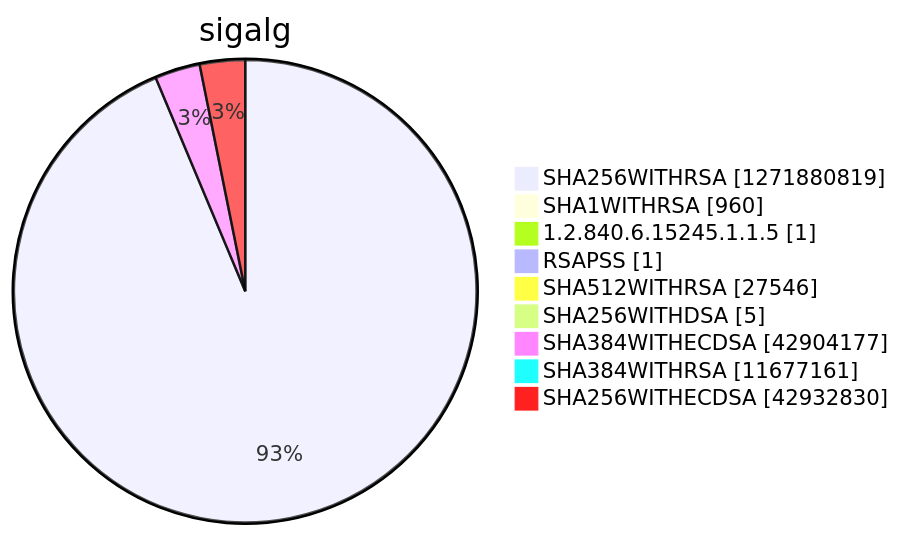
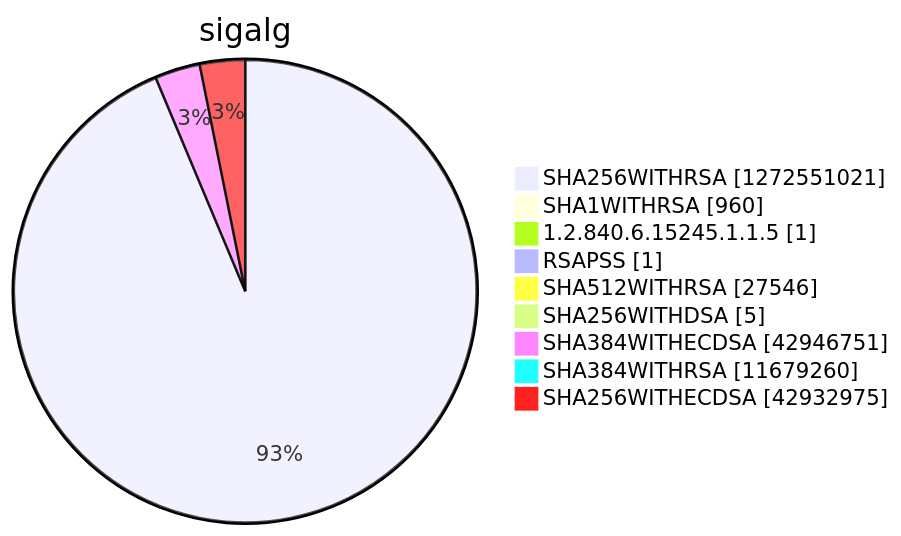
One commit to christiankrug/ctmonitor_visualization changed diagram 15 of 15 in argon2022/README.md. Above: the diagram before and after it, drawn with Mermaid. The commit also changed other lines of this file, not shown here.

````diff
--- a/argon2022/README.md
+++ b/argon2022/README.md
@@ -5522,13 +5522,13 @@
 ```mermaid
 pie showData
 title sigalg
-"SHA256WITHRSA" :1271880819
+"SHA256WITHRSA" :1272551021
 "SHA1WITHRSA" :960
 "1.2.840.6.15245.1.1.5" :1
 "RSAPSS" :1
 "SHA512WITHRSA" :27546
 "SHA256WITHDSA" :5
-"SHA384WITHECDSA" :42904177
-"SHA384WITHRSA" :11677161
-"SHA256WITHECDSA" :42932830
+"SHA384WITHECDSA" :42946751
+"SHA384WITHRSA" :11679260
+"SHA256WITHECDSA" :42932975
 ```
````
